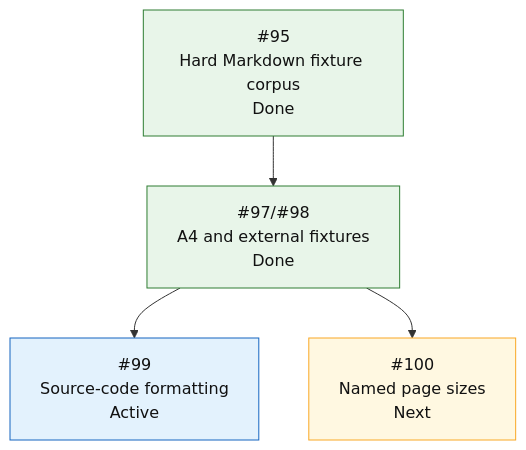
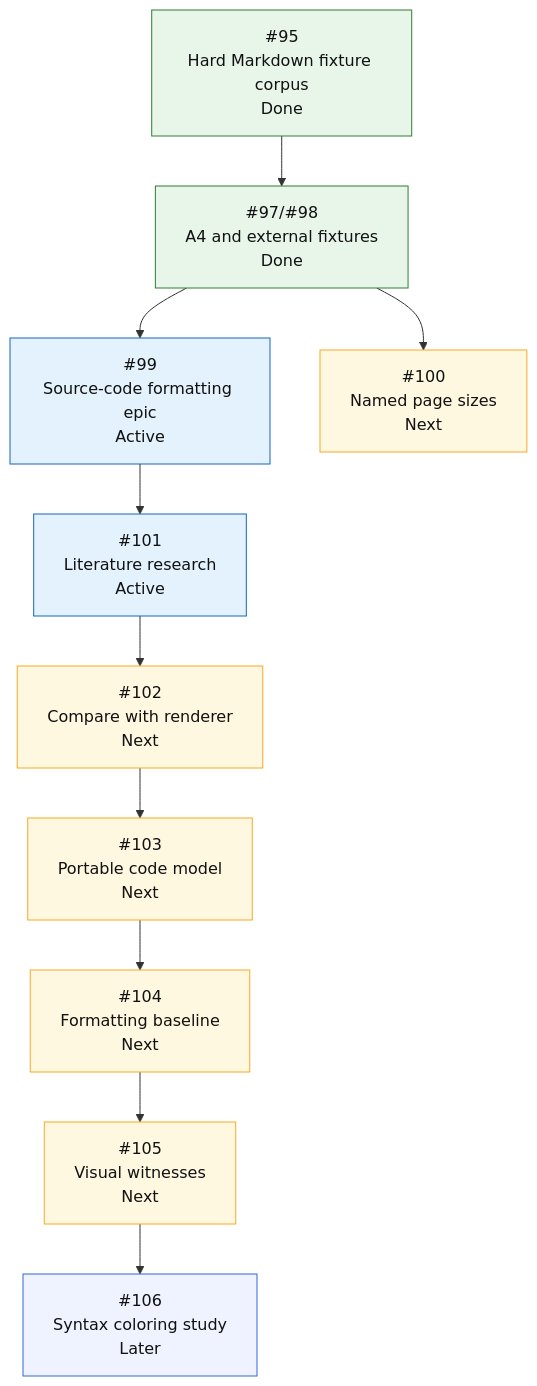
The fifth of 5 diagrams in README.md (mihaelamj/MarkdownPDF), drawn with Mermaid before and after one commit. The commit also changed other lines of this file and 2 other files, not shown here.

Commit message:
docs(research): add source code typesetting study (#108)
* docs(research): add source code typesetting study

* docs(research): strengthen source code study citation

* docs(readme): align hardening roadmap prose

````diff
--- a/README.md
+++ b/README.md
@@ -411,21 +414,30 @@
 ```mermaid
 flowchart TD
     H0["#95<br/>Hard Markdown fixture corpus<br/>Done"]
     H1["#97/#98<br/>A4 and external fixtures<br/>Done"]
-    H2["#99<br/>Source-code formatting<br/>Active"]
+    H2["#99<br/>Source-code formatting epic<br/>Active"]
+    H2A["#101<br/>Literature research<br/>Active"]
+    H2B["#102<br/>Compare with renderer<br/>Next"]
+    H2C["#103<br/>Portable code model<br/>Next"]
+    H2D["#104<br/>Formatting baseline<br/>Next"]
+    H2E["#105<br/>Visual witnesses<br/>Next"]
+    H2F["#106<br/>Syntax coloring study<br/>Later"]
     H3["#100<br/>Named page sizes<br/>Next"]
 
     H0 --> H1
     H1 --> H2
+    H2 --> H2A --> H2B --> H2C --> H2D --> H2E --> H2F
     H1 --> H3
 
     classDef done fill:#e8f5e9,stroke:#2e7d32,color:#111;
     classDef active fill:#e3f2fd,stroke:#1565c0,color:#111;
     classDef review fill:#f3e5f5,stroke:#7b1fa2,color:#111;
     classDef next fill:#fff8e1,stroke:#f9a825,color:#111;
     classDef todo fill:#eef3ff,stroke:#3367d6,color:#111;
     class H0 done;
     class H1 done;
-    class H2 active;
+    class H2,H2A active;
+    class H2B,H2C,H2D,H2E next;
+    class H2F todo;
     class H3 next;
 ```
````
